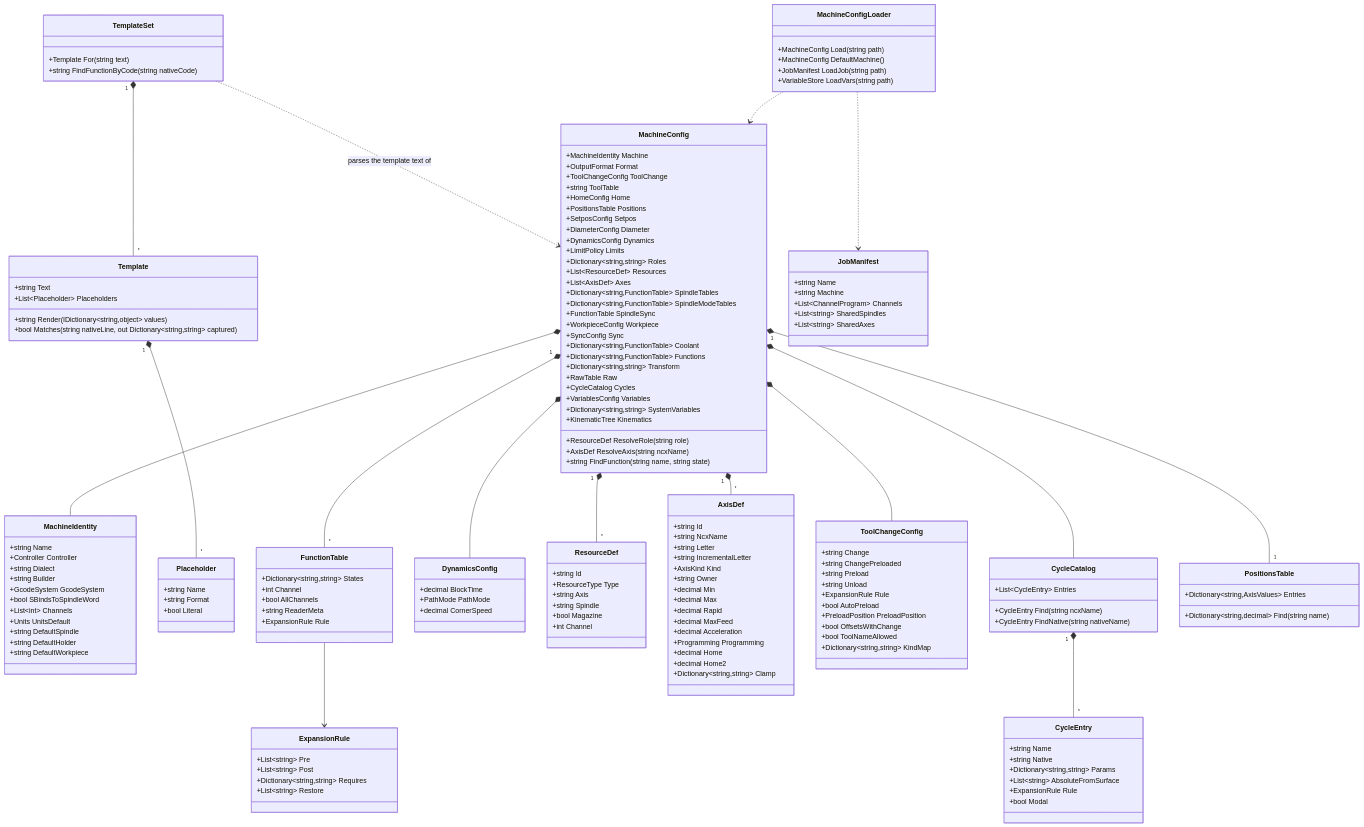
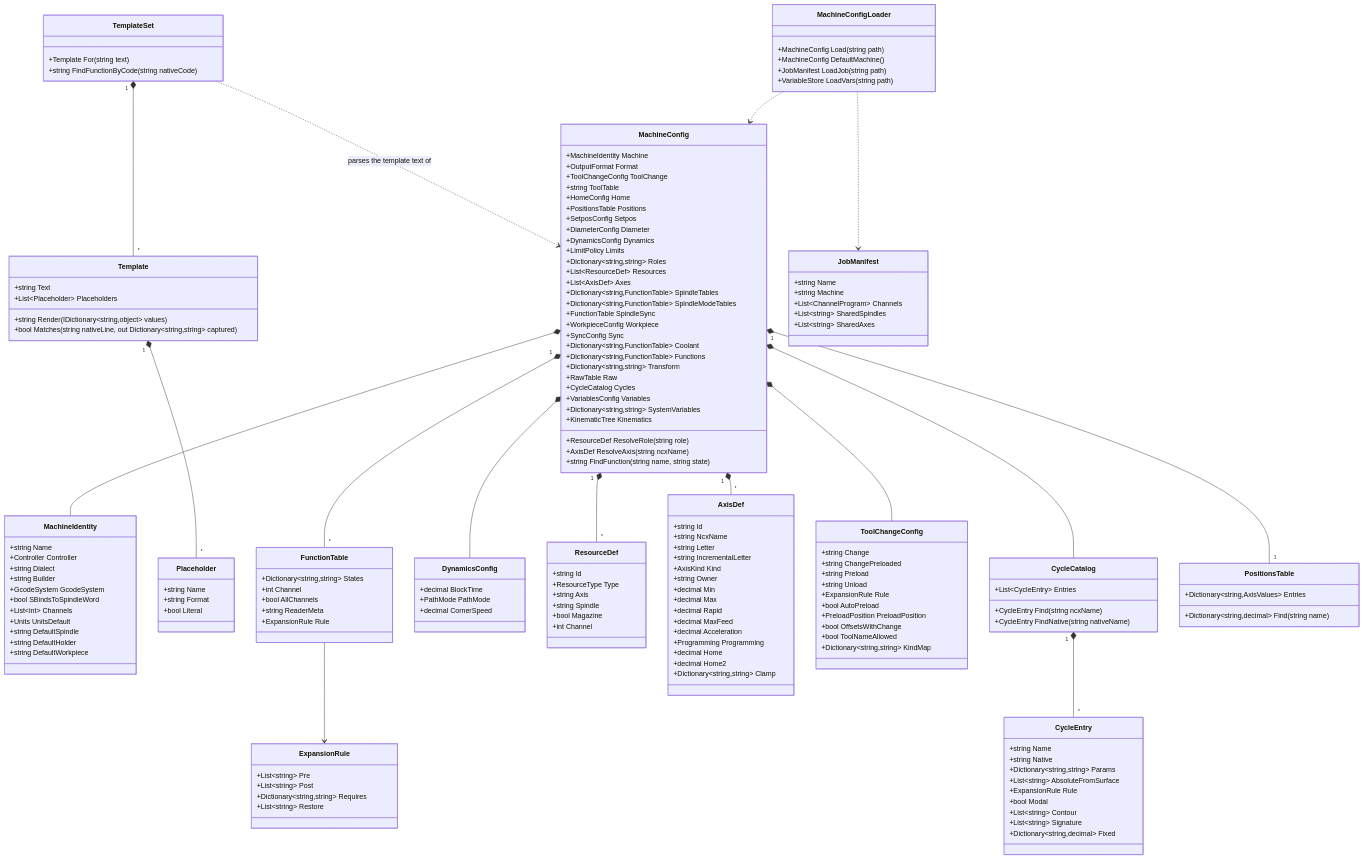
Diagram 11 of 16 in docs/architecture/architecture.md (NC-PB/NCXchange_), drawn with Mermaid before and after one commit. The commit also changed other lines of this file and 23 other files, not shown here.

```diff
--- a/docs/architecture/architecture.md
+++ b/docs/architecture/architecture.md
@@ -713,6 +713,9 @@
         +List~string~ AbsoluteFromSurface
         +ExpansionRule Rule
         +bool Modal
+        +List~string~ Contour
+        +List~string~ Signature
+        +Dictionary~string,decimal~ Fixed
     }
     class JobManifest {
         +string Name
```
